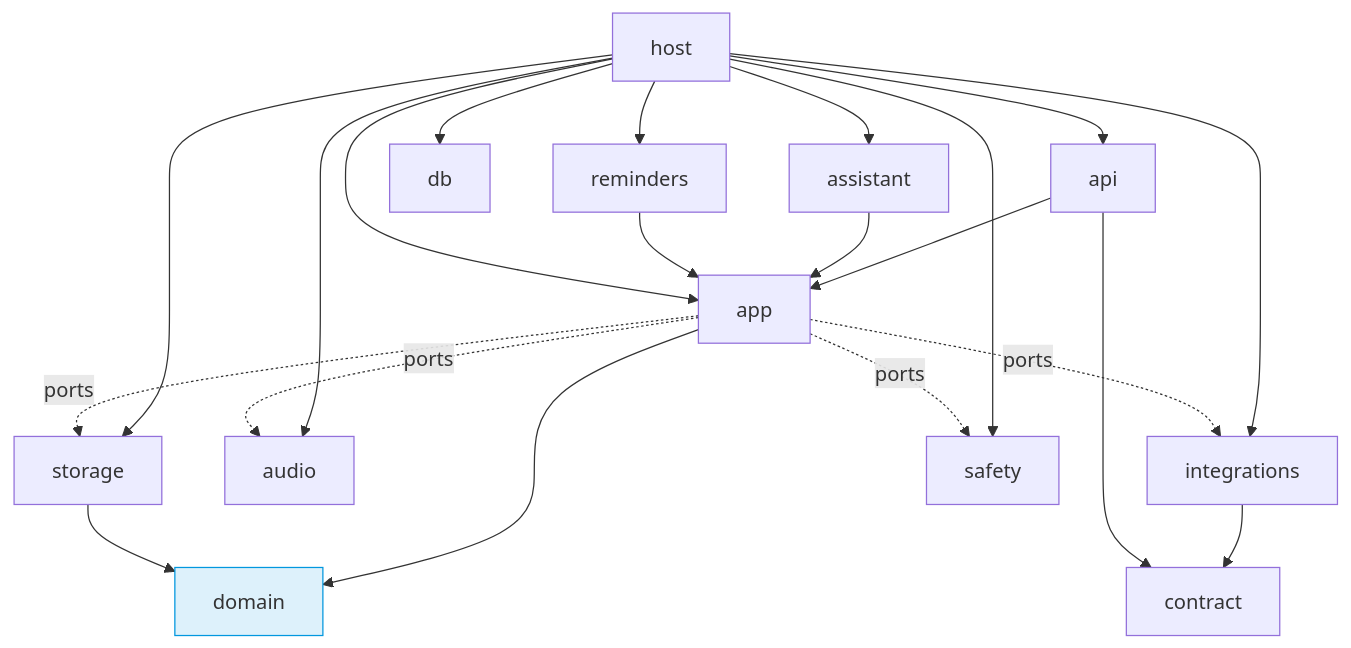
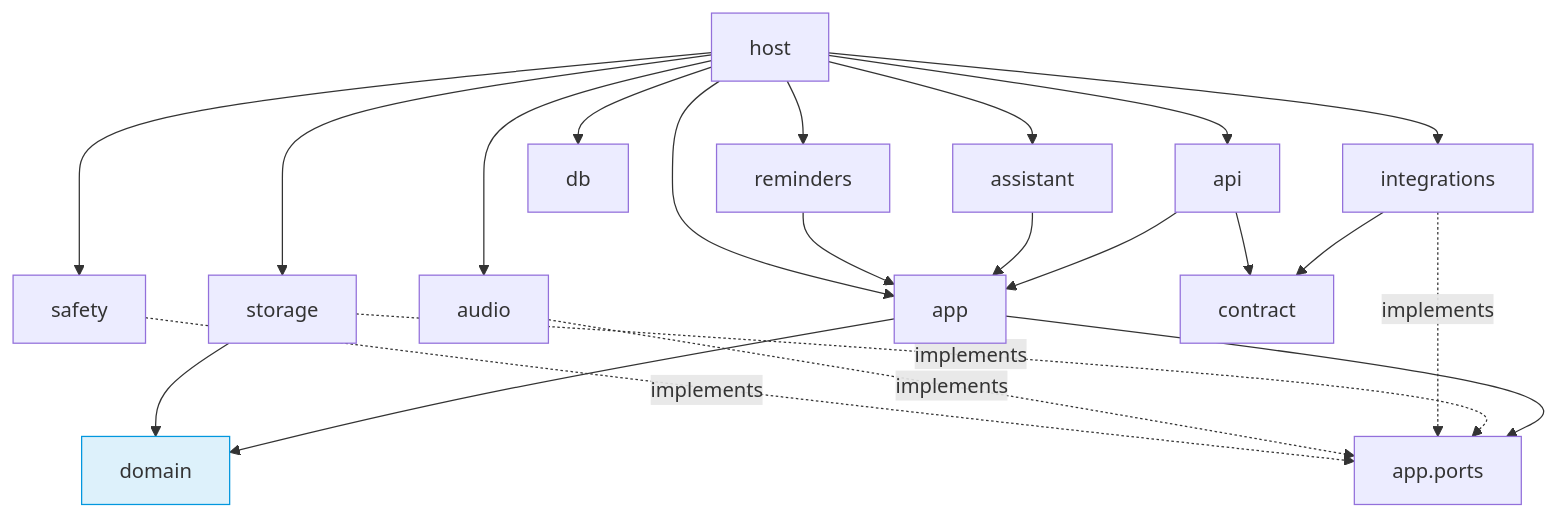
One commit to SwanThunder/Djarvis changed the diagram in docs/architecture/MODULES.md. Above: the diagram before and after it, drawn with Mermaid. The commit also changed other lines of this file and 19 other files, not shown here.

````diff
--- a/docs/architecture/MODULES.md
+++ b/docs/architecture/MODULES.md
@@ -9,14 +9,18 @@
 ```mermaid
 flowchart TB
   api --> app
   assistant --> app
   reminders --> app
   host --> api & app & db & storage & audio & assistant & reminders & integrations & safety
   app --> domain
-  app -. ports .-> storage & integrations & audio & safety
+  app --> app_ports["app.ports"]
+  storage -. implements .-> app_ports
+  integrations -. implements .-> app_ports
+  audio -. implements .-> app_ports
+  safety -. implements .-> app_ports
   storage --> domain
   integrations --> contract
   api --> contract
   domain:::pure
   classDef pure fill:#0297DE22,stroke:#0297DE
 ```
````
